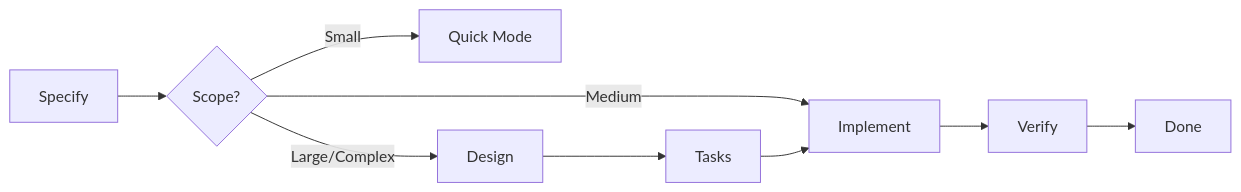
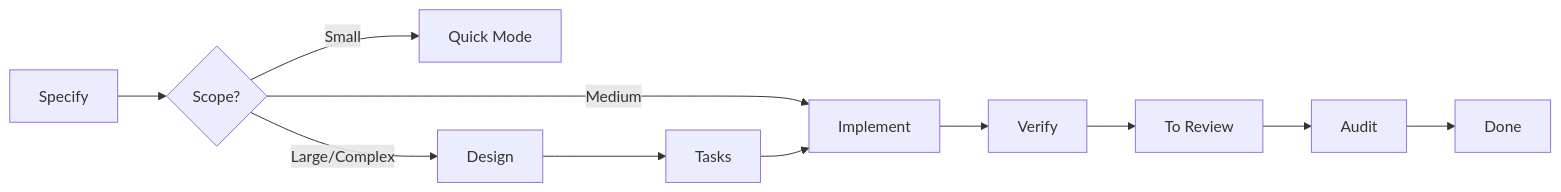
The diagram in skills/(development)/spec-driven/README.md (adeonir/agent-skills), drawn with Mermaid before and after one commit. The commit also changed other lines of this file and 8 other files, not shown here.

First line of the commit message:
feat: add audit phase and to-review status to gate feature closure

````diff
--- a/skills/(development)/spec-driven/README.md
+++ b/skills/(development)/spec-driven/README.md
@@ -15,11 +15,13 @@
 ```mermaid
 flowchart LR
     A[Specify] --> B{Scope?}
     B -->|Small| C[Quick Mode]
     B -->|Medium| F[Implement]
     B -->|Large/Complex| D[Design]
     D --> E[Tasks]
     E --> F
     F --> V[Verify]
-    V --> G[Done]
+    V --> R[To Review]
+    R --> AU[Audit]
+    AU --> G[Done]
 ```
````
